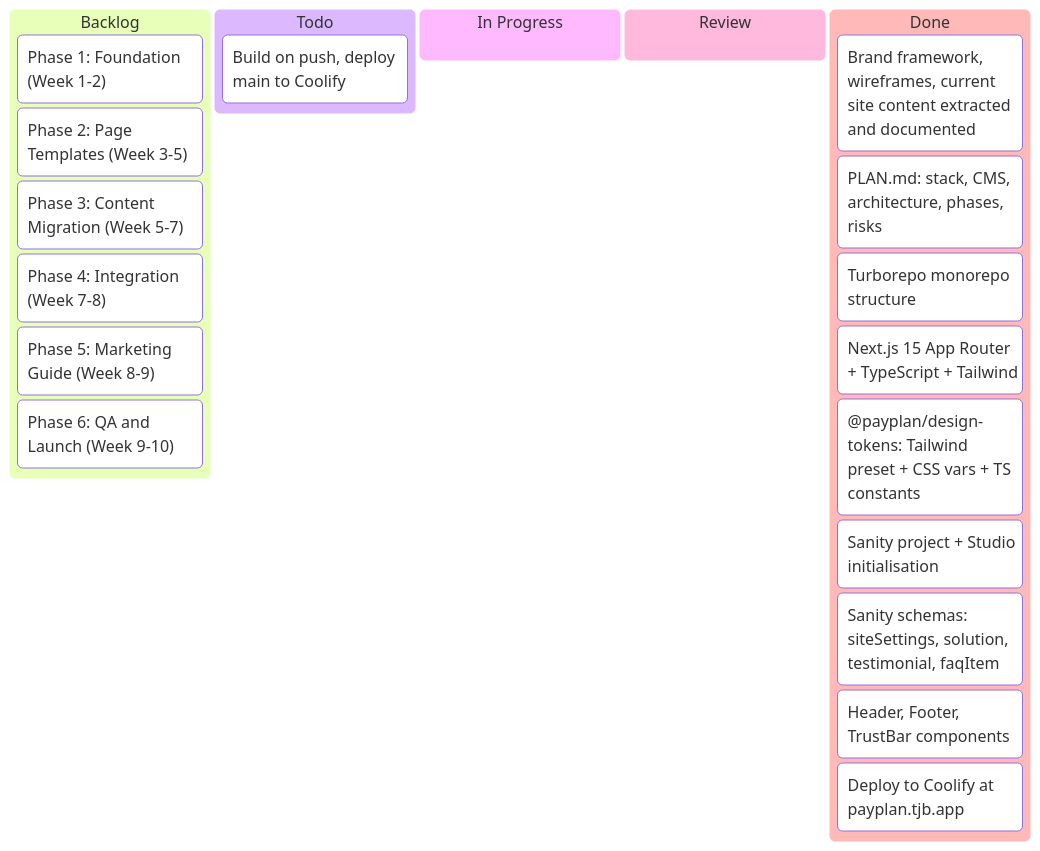
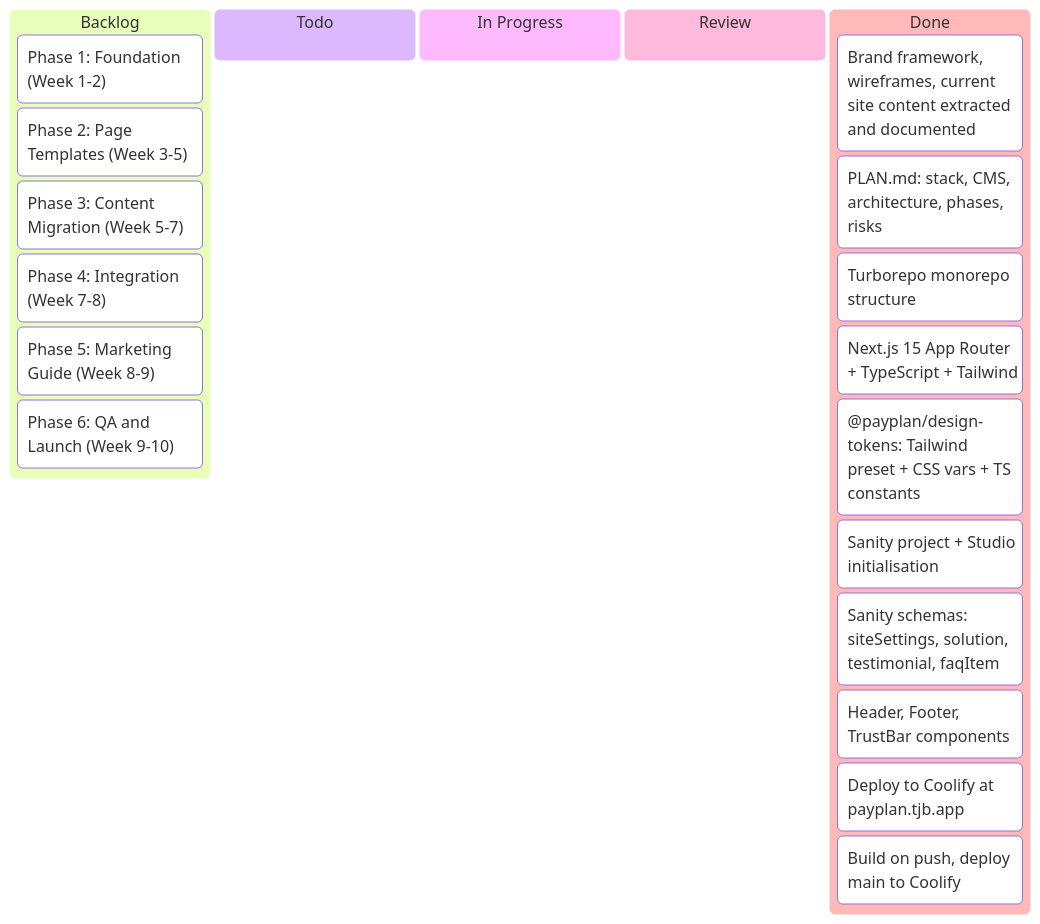
One commit to timothybroome/payplan-website changed the diagram in KANBAN.md. Above: the diagram before and after it, drawn with Mermaid. The commit also changed other lines of this file and 15 other files, not shown here.

````diff
--- a/KANBAN.md
+++ b/KANBAN.md
@@ -3,27 +3,27 @@
 ```mermaid
 ---
 title: payplan-website
 ---
 kanban
   Backlog
     Phase 1 Foundation["Phase 1: Foundation (Week 1-2)"]
     Phase 2 Templates["Phase 2: Page Templates (Week 3-5)"]
     Phase 3 Content["Phase 3: Content Migration (Week 5-7)"]
     Phase 4 Integration["Phase 4: Integration (Week 7-8)"]
     Phase 5 Guide["Phase 5: Marketing Guide (Week 8-9)"]
     Phase 6 Launch["Phase 6: QA and Launch (Week 9-10)"]
   Todo
-    CI pipeline["Build on push, deploy main to Coolify"]
   In Progress
   Review
   Done
     Source materials["Brand framework, wireframes, current site content extracted and documented"]
     Technical plan["PLAN.md: stack, CMS, architecture, phases, risks"]
     Monorepo setup["Turborepo monorepo structure"]
     Next.js scaffold["Next.js 15 App Router + TypeScript + Tailwind"]
     Design tokens package["@payplan/design-tokens: Tailwind preset + CSS vars + TS constants"]
     Sanity project setup["Sanity project + Studio initialisation"]
     Core schemas["Sanity schemas: siteSettings, solution, testimonial, faqItem"]
     Layout components["Header, Footer, TrustBar components"]
     Coolify deploy["Deploy to Coolify at payplan.tjb.app"]
+    CI pipeline["Build on push, deploy main to Coolify"]
 ```
````
